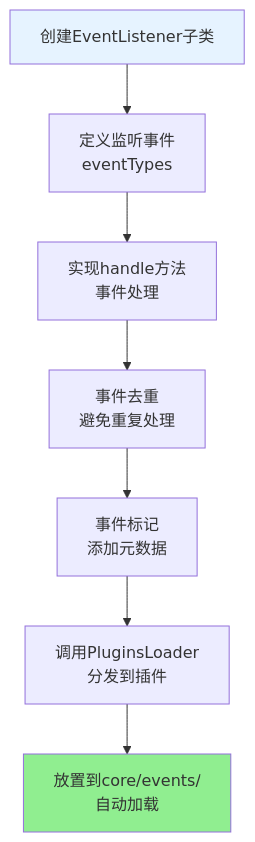
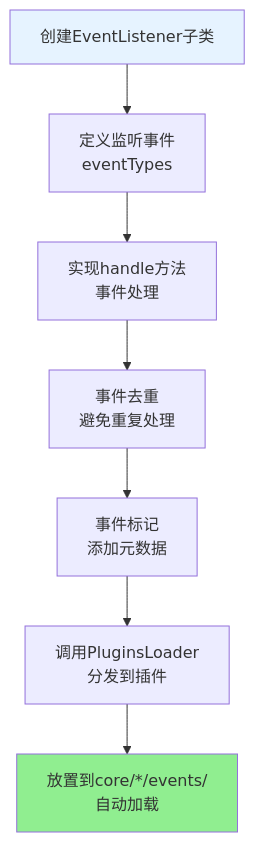
One commit to sunflowermm/XRK-AGT changed the fifth of 9 diagrams in docs/框架可扩展性指南.md. Above: the diagram before and after it, drawn with Mermaid. The commit also changed other lines of this file and 116 other files, not shown here.

````diff
--- a/docs/框架可扩展性指南.md
+++ b/docs/框架可扩展性指南.md
@@ -250,12 +336,12 @@
 ```mermaid
 flowchart TB
     A["创建EventListener子类"] --> B["定义监听事件<br/>eventTypes"]
     B --> C["实现handle方法<br/>事件处理"]
     C --> D["事件去重<br/>避免重复处理"]
     D --> E["事件标记<br/>添加元数据"]
     E --> F["调用PluginsLoader<br/>分发到插件"]
-    F --> G["放置到core/events/<br/>自动加载"]
+    F --> G["放置到core/*/events/<br/>自动加载"]
     
     style A fill:#E6F3FF
     style G fill:#90EE90
 ```
````
